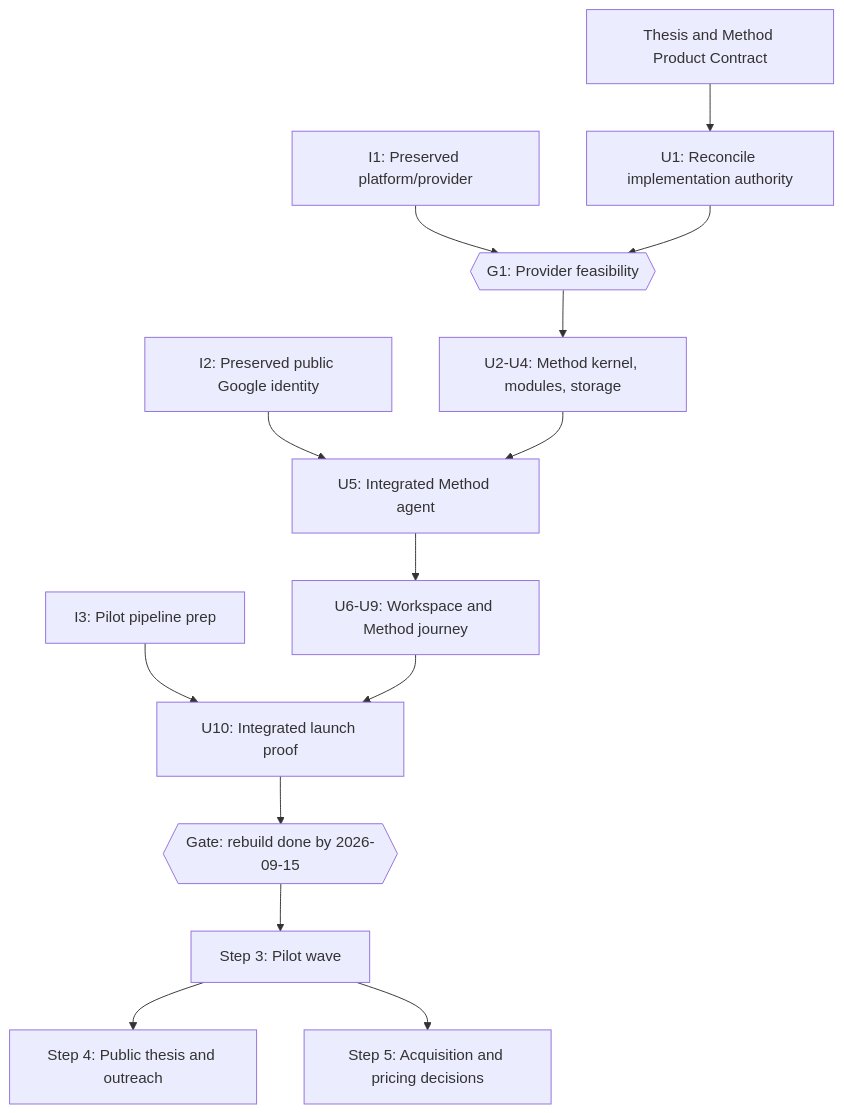
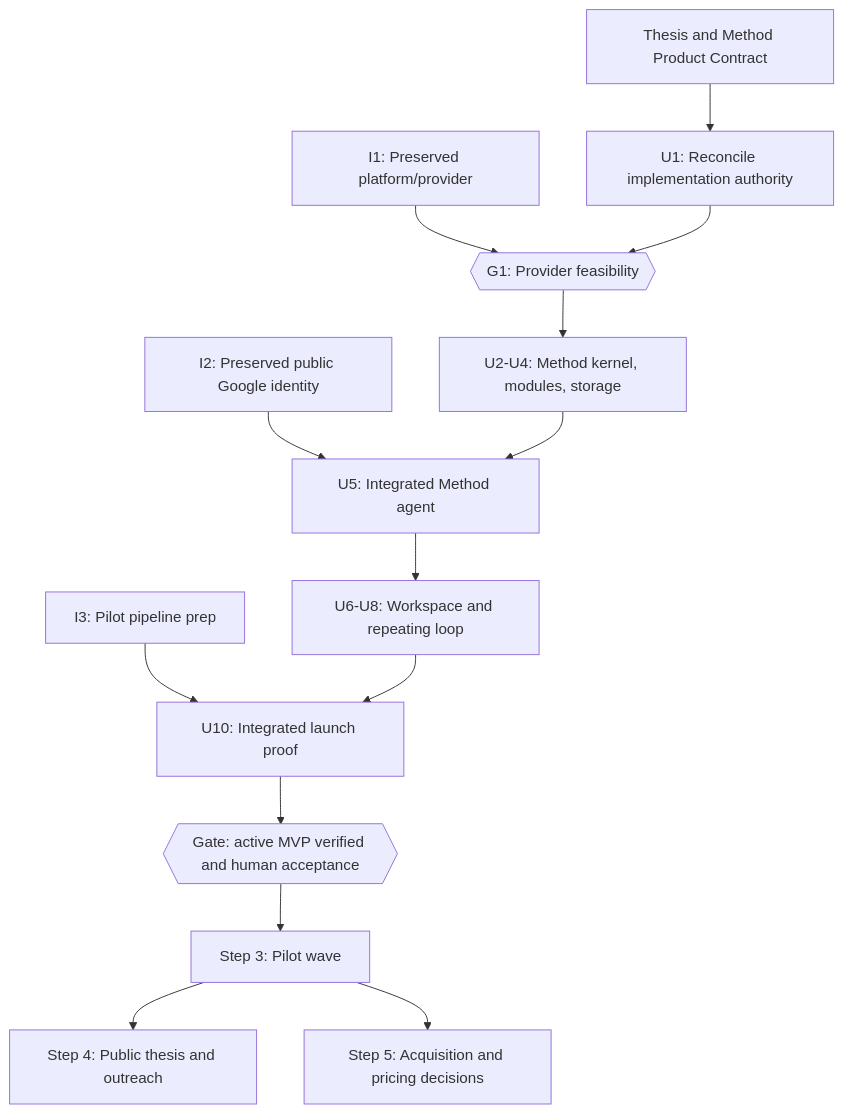
Before and after one commit to andres-monge/ikigai: the first of 6 diagrams in docs/plans/2026-08-14-claude-feat-revelio-revamp-plan.md, drawn with Mermaid. The commit also changed other lines of this file and 7 other files, not shown here.

````diff
--- a/docs/plans/2026-08-14-claude-feat-revelio-revamp-plan.md
+++ b/docs/plans/2026-08-14-claude-feat-revelio-revamp-plan.md
@@ -87,16 +89,16 @@
 ```mermaid
 flowchart TB
   T[Thesis and Method Product Contract] --> U1[U1: Reconcile implementation authority]
   I1[I1: Preserved platform/provider] --> PG
   U1 --> PG{{G1: Provider feasibility}}
   PG --> M[U2-U4: Method kernel, modules, storage]
   I2[I2: Preserved public Google identity] --> U5[U5: Integrated Method agent]
   M --> U5
-  U5 --> MT[U6-U9: Workspace and Method journey]
+  U5 --> MT[U6-U8: Workspace and repeating loop]
   I3[I3: Pilot pipeline prep] --> U10[U10: Integrated launch proof]
   MT --> U10
-  U10 --> DG{{Gate: rebuild done by 2026-09-15}}
+  U10 --> DG{{Gate: active MVP verified and human acceptance}}
   DG --> S3[Step 3: Pilot wave]
   S3 --> S4[Step 4: Public thesis and outreach]
   S3 --> S5[Step 5: Acquisition and pricing decisions]
 ```
````
